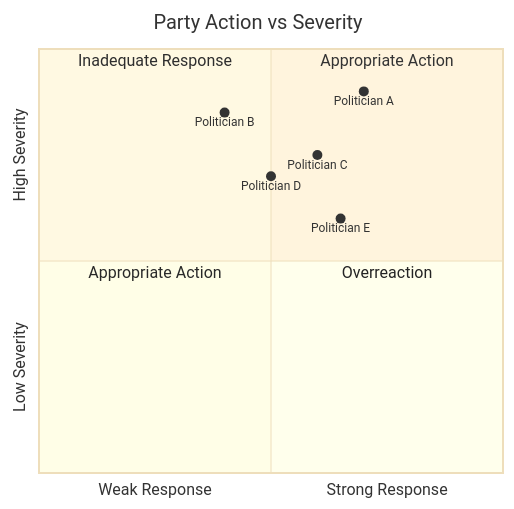
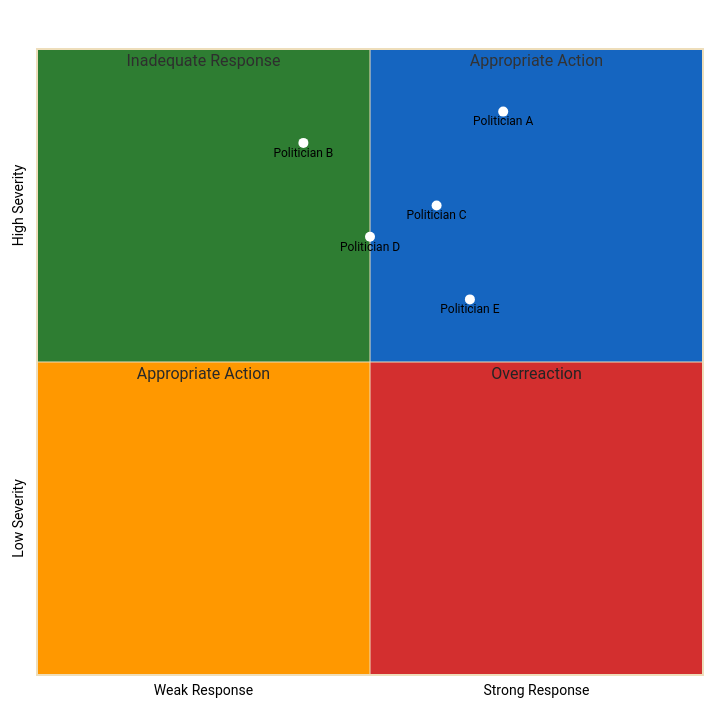
One commit to Hack23/cia changed the seventh of 12 diagrams in json-export-specs/visualizations/top10-ethics-concerns.md. Above: the diagram before and after it, drawn with Mermaid. The commit also changed other lines of this file and 30 other files, not shown here.

First line of the commit message:
fix: fix mermaid init blocks (single->double quotes), xychart quoting, and SWOT quadrant colors

````diff
--- a/json-export-specs/visualizations/top10-ethics-concerns.md
+++ b/json-export-specs/visualizations/top10-ethics-concerns.md
@@ -121,17 +121,40 @@
 ```mermaid
-%%{init: {'theme':'base'}}%%
+%%{init: {
+  "theme": "base",
+  "themeVariables": {
+    "quadrant1Fill": "#1565C0",
+    "quadrant2Fill": "#2E7D32",
+    "quadrant3Fill": "#FF9800",
+    "quadrant4Fill": "#D32F2F",
+    "quadrantTitleFill": "#ffffff",
+    "quadrantPointFill": "#ffffff",
+    "quadrantPointTextFill": "#000000",
+    "quadrantXAxisTextFill": "#000000",
+    "quadrantYAxisTextFill": "#000000"
+  },
+  "quadrantChart": {
+    "chartWidth": 700,
+    "chartHeight": 700,
+    "pointLabelFontSize": 12,
+    "titleFontSize": 20,
+    "quadrantLabelFontSize": 16,
+    "xAxisLabelFontSize": 14,
+    "yAxisLabelFontSize": 14
+  }
+}}%%
 quadrantChart
     title Party Action vs Severity
     x-axis Weak Response --> Strong Response
     y-axis Low Severity --> High Severity
     quadrant-1 Appropriate Action
     quadrant-2 Inadequate Response
     quadrant-3 Appropriate Action
     quadrant-4 Overreaction
     
-    Politician A: [0.7, 0.9]
-    Politician B: [0.4, 0.85]
-    Politician C: [0.6, 0.75]
-    Politician D: [0.5, 0.7]
-    Politician E: [0.65, 0.6]
+    "Politician A": [0.7, 0.9]
+    "Politician B": [0.4, 0.85]
+    "Politician C": [0.6, 0.75]
+    "Politician D": [0.5, 0.7]
+    "Politician E": [0.65, 0.6]
+
 ```
````
